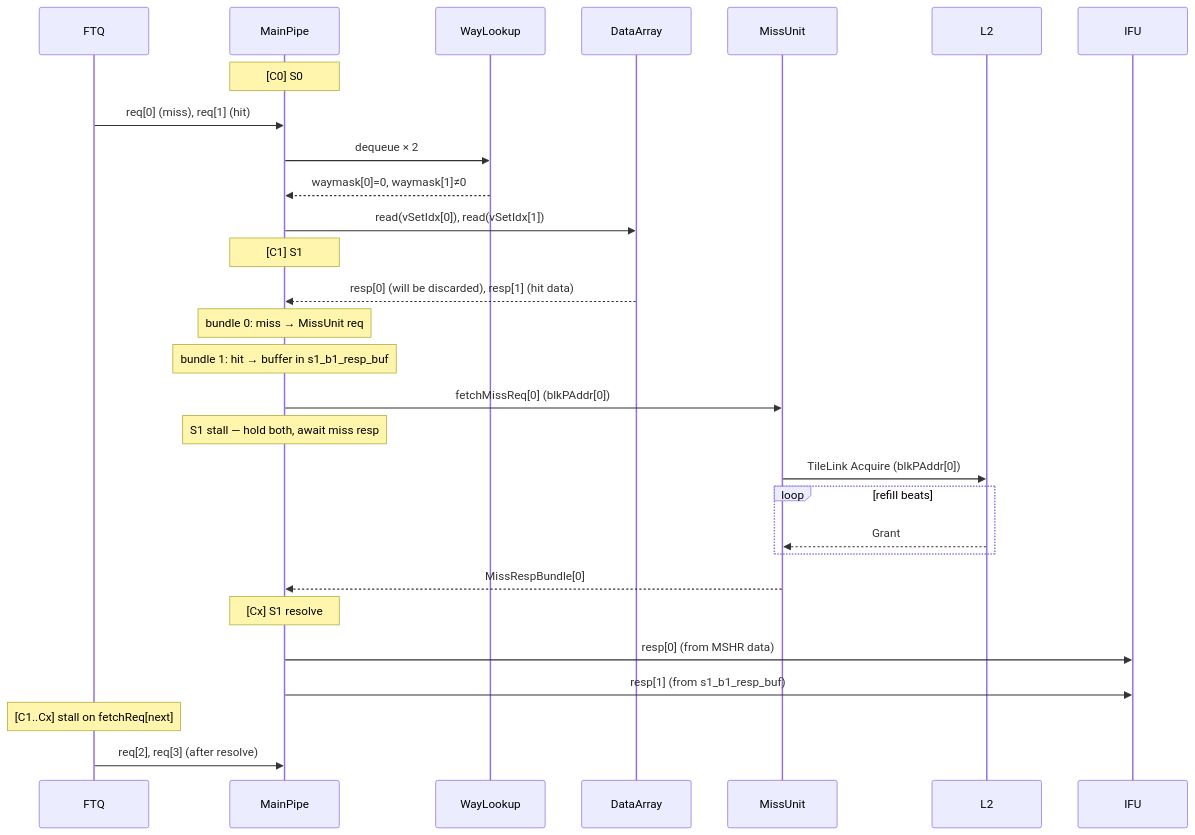
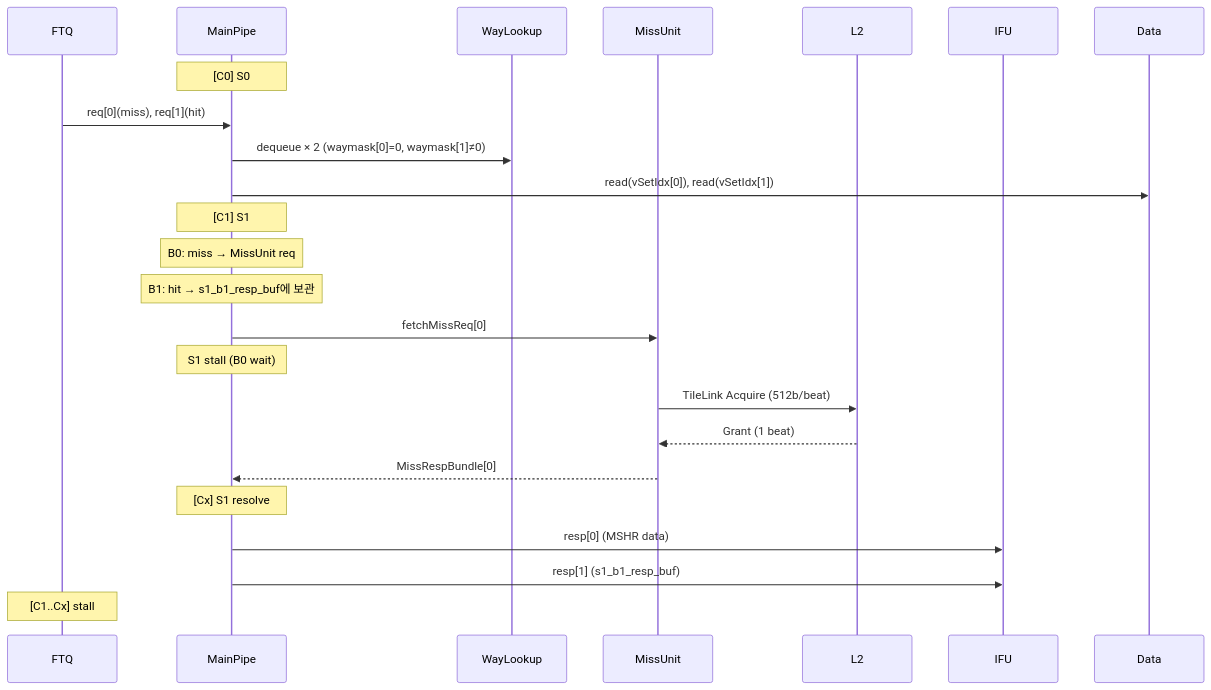
One commit to cinkeun/CPU_XS_02172026 changed the second of 4 diagrams in src/main/scala/xiangshan/frontend/doc/2fetch_icache_uarch.md. Above: the diagram before and after it, drawn with Mermaid. The commit also changed other lines of this file, not shown here.

````diff
--- a/src/main/scala/xiangshan/frontend/doc/2fetch_icache_uarch.md
+++ b/src/main/scala/xiangshan/frontend/doc/2fetch_icache_uarch.md
@@ -593,38 +1009,29 @@
 ```mermaid
 sequenceDiagram
     participant FTQ
     participant MP as MainPipe
     participant WL as WayLookup
-    participant Data as DataArray
     participant MU as MissUnit
     participant L2
     participant IFU
 
     Note over MP: [C0] S0
-    FTQ ->> MP: req[0] (miss), req[1] (hit)
-    MP ->> WL: dequeue × 2
-    WL -->> MP: waymask[0]=0, waymask[1]≠0
+    FTQ ->> MP: req[0](miss), req[1](hit)
+    MP ->> WL: dequeue × 2 (waymask[0]=0, waymask[1]≠0)
     MP ->> Data: read(vSetIdx[0]), read(vSetIdx[1])
 
     Note over MP: [C1] S1
-    Data -->> MP: resp[0] (will be discarded), resp[1] (hit data)
-    Note over MP: bundle 0: miss → MissUnit req
-    Note over MP: bundle 1: hit → buffer in s1_b1_resp_buf
-    MP ->> MU: fetchMissReq[0] (blkPAddr[0])
-    Note over MP: S1 stall — hold both, await miss resp
+    Note over MP: B0: miss → MissUnit req
+    Note over MP: B1: hit → s1_b1_resp_buf에 보관
+    MP ->> MU: fetchMissReq[0]
+    Note over MP: S1 stall (B0 wait)
 
-    MU ->> L2: TileLink Acquire (blkPAddr[0])
-
-    loop refill beats
-        L2 -->> MU: Grant
-    end
-
+    MU ->> L2: TileLink Acquire (512b/beat)
+    L2 -->> MU: Grant (1 beat)
     MU -->> MP: MissRespBundle[0]
 
     Note over MP: [Cx] S1 resolve
-    MP ->> IFU: resp[0] (from MSHR data)
-    MP ->> IFU: resp[1] (from s1_b1_resp_buf)
-
-    Note over FTQ: [C1..Cx] stall on fetchReq[next]
-    FTQ ->> MP: req[2], req[3] (after resolve)
+    MP ->> IFU: resp[0] (MSHR data)
+    MP ->> IFU: resp[1] (s1_b1_resp_buf)
+    Note over FTQ: [C1..Cx] stall
 ```
````
